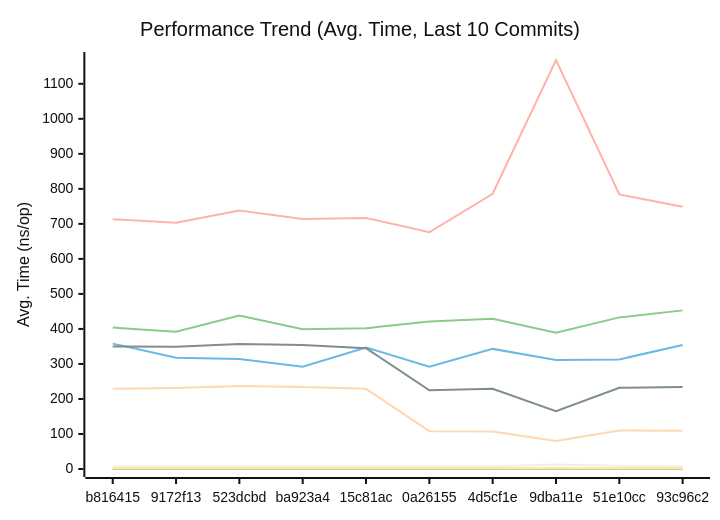
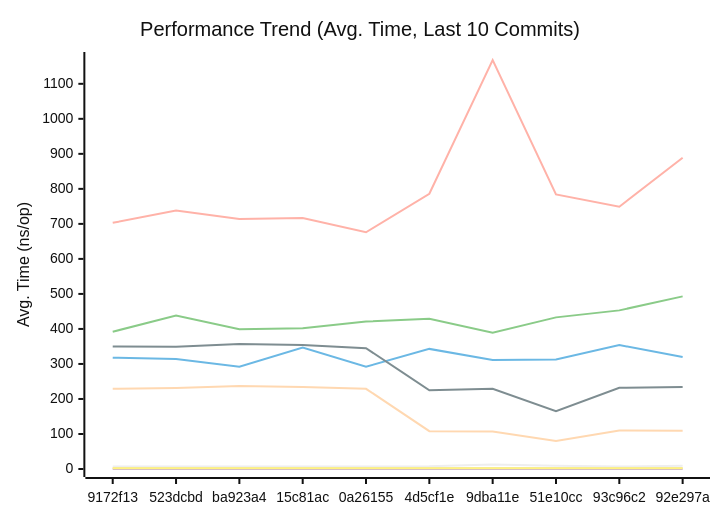
Before and after one commit to alsotoes/momo: the first of 3 diagrams in docs/PERFORMANCE.md, drawn with Mermaid (neutral theme). The commit also changed other lines of this file and 2 other files, not shown here.

````diff
--- a/docs/PERFORMANCE.md
+++ b/docs/PERFORMANCE.md
@@ -80,16 +80,16 @@
 ```mermaid
 xychart-beta
     title "Performance Trend (Avg. Time, Last 10 Commits)"
     x-axis "Commit"
     y-axis "Avg. Time (ns/op)"
-    x-axis [b816415,9172f13,523dcbd,ba923a4,15c81ac,0a26155,4d5cf1e,9dba11e,51e10cc,93c96c2]
-    line "CheckMetricsAndSwap" [7,7,7,7,7,7,8,13,9,7]
-    line "CrushOptimized" [358,318,314,292,347,292,343,311,313,354]
-    line "CrushOriginal" [404,392,438,399,402,421,429,389,433,453]
+    x-axis [9172f13,523dcbd,ba923a4,15c81ac,0a26155,4d5cf1e,9dba11e,51e10cc,93c96c2,92e297a]
+    line "CheckMetricsAndSwap" [7,7,7,7,7,8,13,9,7,9]
+    line "CrushOptimized" [318,314,292,347,292,343,311,313,354,320]
+    line "CrushOriginal" [392,438,399,402,421,429,389,433,453,493]
     line "IndexDirectTracking" [0,0,0,0,0,0,0,0,0,0]
     line "IndexSearch" [3,3,3,3,3,3,3,3,3,3]
-    line "LoadGlobalConfig" [713,703,738,714,717,676,786,1168,784,749]
+    line "LoadGlobalConfig" [703,738,714,717,676,786,1168,784,749,889]
     line "PadString" [2,2,2,2,2,2,2,2,2,2]
     line "ParseReplicationOrder_NoPrealloc" [350,349,357,354,345,225,229,165,232,234]
     line "ParseReplicationOrder_Prealloc" [229,231,237,234,229,108,107,80,110,109]
 ```
````
